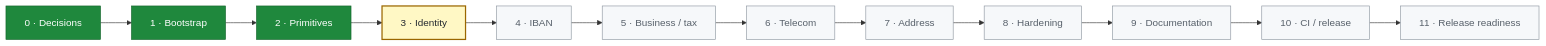
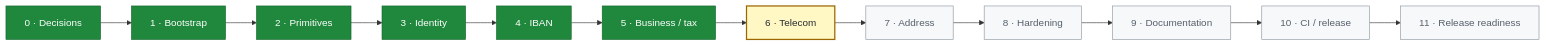
The diagram in docs/roadmap.md (alialaraby/saudi-utils), drawn with Mermaid before and after one commit. The commit also changed other lines of this file and 4 other files, not shown here.

````diff
--- a/docs/roadmap.md
+++ b/docs/roadmap.md
@@ -17,14 +17,14 @@
 ```mermaid
 flowchart LR
   P0["0 · Decisions"] --> P1["1 · Bootstrap"] --> P2["2 · Primitives"]
   P2 --> P3["3 · Identity"] --> P4["4 · IBAN"] --> P5["5 · Business / tax"]
   P5 --> P6["6 · Telecom"] --> P7["7 · Address"] --> P8["8 · Hardening"]
   P8 --> P9["9 · Documentation"] --> P10["10 · CI / release"] --> P11["11 · Release readiness"]
 
   classDef complete fill:#1f883d,color:#fff,stroke:#116329;
   classDef next fill:#fff8c5,color:#24292f,stroke:#9a6700,stroke-width:2px;
   classDef planned fill:#f6f8fa,color:#57606a,stroke:#8c959f;
-  class P0,P1,P2 complete;
-  class P3 next;
-  class P4,P5,P6,P7,P8,P9,P10,P11 planned;
+  class P0,P1,P2,P3,P4,P5 complete;
+  class P6 next;
+  class P7,P8,P9,P10,P11 planned;
 ```
````
